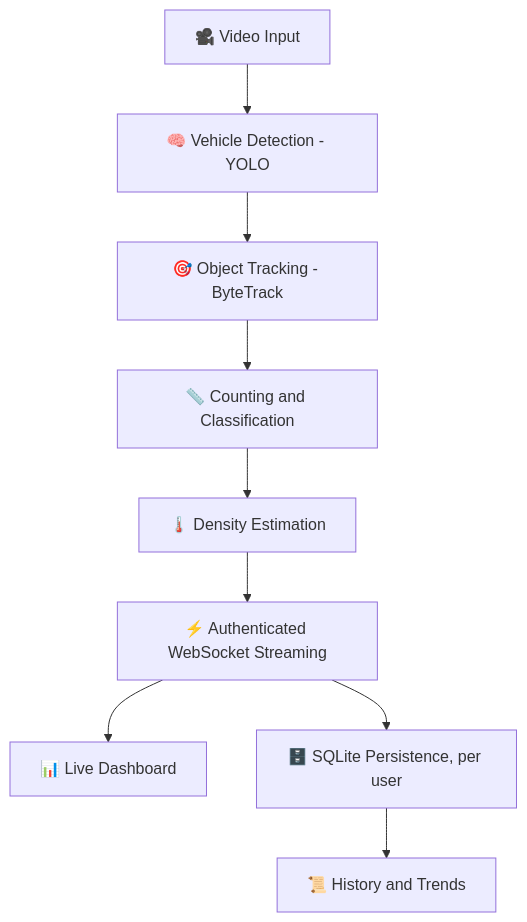
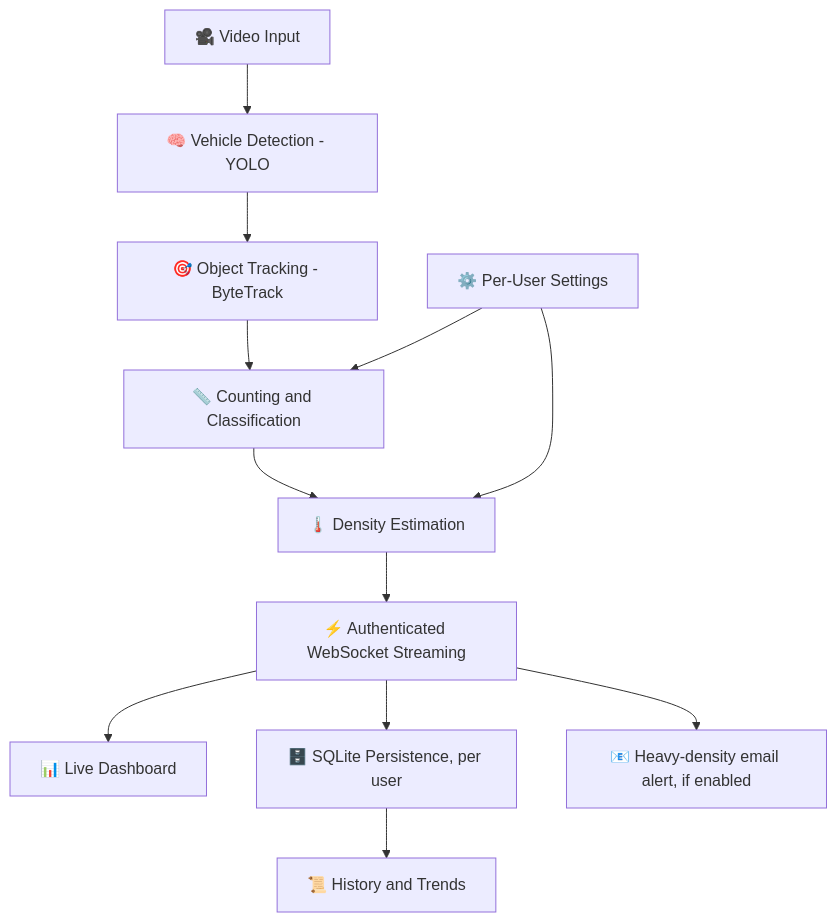
One commit to adityyapratapsingh22/YatayatAi changed the first of 2 diagrams in README.md. Above: the diagram before and after it, drawn with Mermaid. The commit also changed other lines of this file, not shown here.

````diff
--- a/README.md
+++ b/README.md
@@ -65,11 +69,14 @@
 ```mermaid
 flowchart TD
     A[🎥 Video Input] --> B[🧠 Vehicle Detection - YOLO]
     B --> C[🎯 Object Tracking - ByteTrack]
     C --> D[📏 Counting and Classification]
     D --> E[🌡️ Density Estimation]
     E --> F[⚡ Authenticated WebSocket Streaming]
     F --> G[📊 Live Dashboard]
     F --> H[🗄️ SQLite Persistence, per user]
+    F --> J[📧 Heavy-density email alert, if enabled]
     H --> I[📜 History and Trends]
+    K[⚙️ Per-User Settings] --> E
+    K --> D
 ```
````
